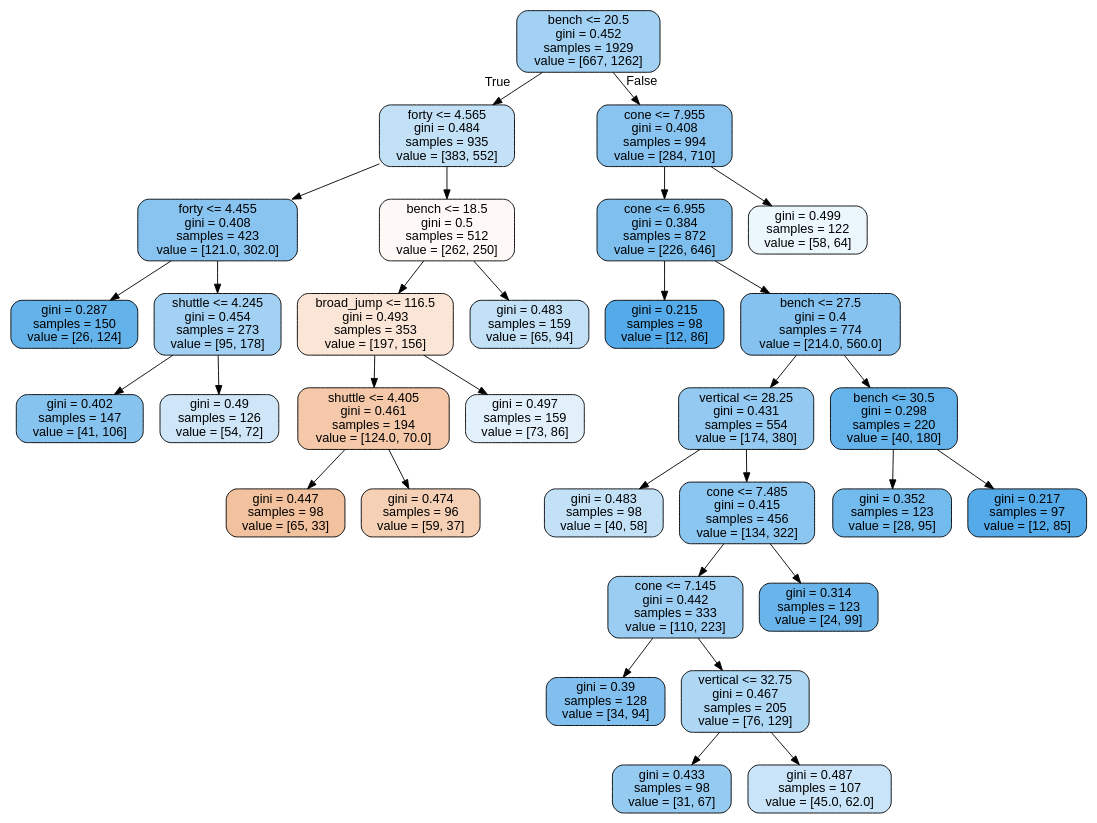
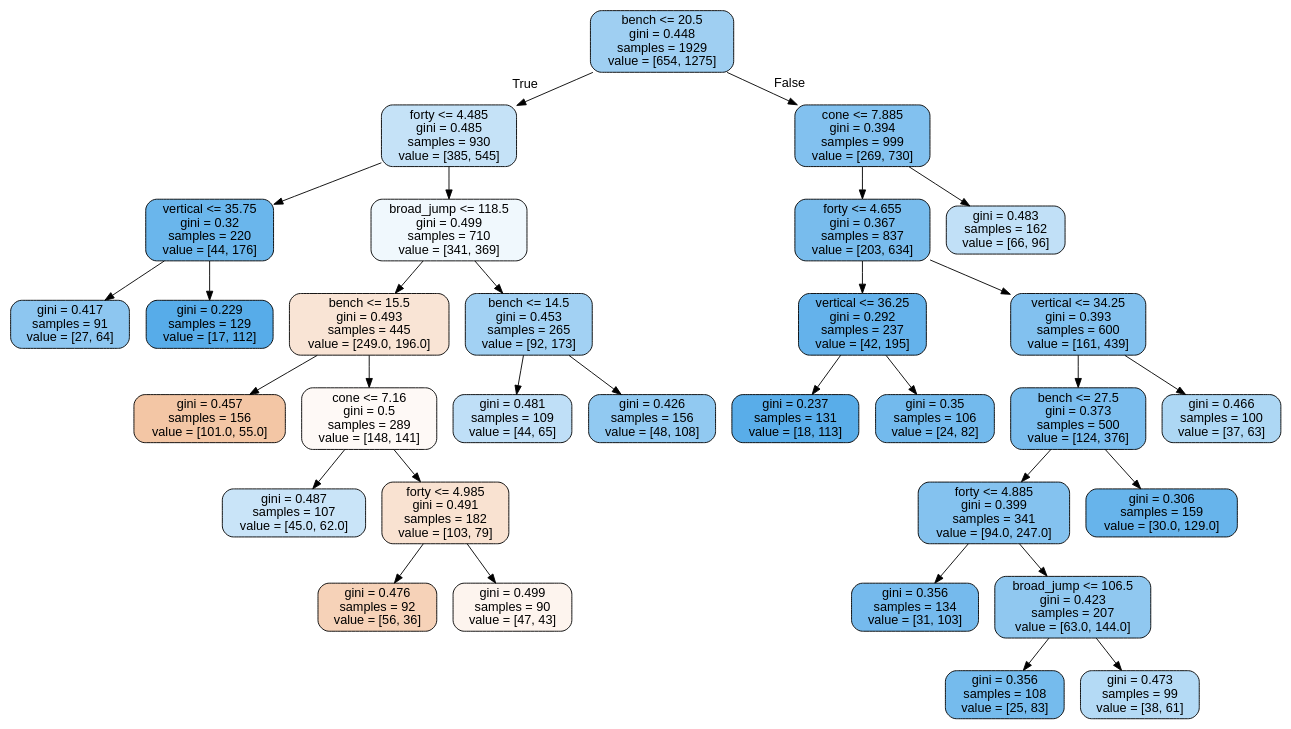
Before and after one commit to lagisreal89/combine: the diagram in decisiontree.dot, drawn with Graphviz. The commit also changed 4 other files, not shown here.

```diff
--- a/decisiontree.dot
+++ b/decisiontree.dot
@@ -1,65 +1,65 @@
 digraph Tree {
 node [shape=box, style="filled, rounded", color="black", fontname="helvetica"] ;
 edge [fontname="helvetica"] ;
-0 [label="bench <= 20.5\ngini = 0.452\nsamples = 1929\nvalue = [667, 1262]", fillcolor="#a2d1f3"] ;
-1 [label="forty <= 4.565\ngini = 0.484\nsamples = 935\nvalue = [383, 552]", fillcolor="#c2e1f7"] ;
+0 [label="bench <= 20.5\ngini = 0.448\nsamples = 1929\nvalue = [654, 1275]", fillcolor="#9fcff2"] ;
+1 [label="forty <= 4.485\ngini = 0.485\nsamples = 930\nvalue = [385, 545]", fillcolor="#c5e2f7"] ;
 0 -> 1 [labeldistance=2.5, labelangle=45, headlabel="True"] ;
-3 [label="forty <= 4.455\ngini = 0.408\nsamples = 423\nvalue = [121.0, 302.0]", fillcolor="#88c4ef"] ;
+3 [label="vertical <= 35.75\ngini = 0.32\nsamples = 220\nvalue = [44, 176]", fillcolor="#6ab6ec"] ;
 1 -> 3 ;
-7 [label="gini = 0.287\nsamples = 150\nvalue = [26, 124]", fillcolor="#63b2ea"] ;
-3 -> 7 ;
-8 [label="shuttle <= 4.245\ngini = 0.454\nsamples = 273\nvalue = [95, 178]", fillcolor="#a3d1f3"] ;
-3 -> 8 ;
-17 [label="gini = 0.402\nsamples = 147\nvalue = [41, 106]", fillcolor="#86c3ef"] ;
-8 -> 17 ;
-18 [label="gini = 0.49\nsamples = 126\nvalue = [54, 72]", fillcolor="#cee6f8"] ;
-8 -> 18 ;
-4 [label="bench <= 18.5\ngini = 0.5\nsamples = 512\nvalue = [262, 250]", fillcolor="#fef9f6"] ;
+11 [label="gini = 0.417\nsamples = 91\nvalue = [27, 64]", fillcolor="#8dc6f0"] ;
+3 -> 11 ;
+12 [label="gini = 0.229\nsamples = 129\nvalue = [17, 112]", fillcolor="#57ace9"] ;
+3 -> 12 ;
+4 [label="broad_jump <= 118.5\ngini = 0.499\nsamples = 710\nvalue = [341, 369]", fillcolor="#f0f8fd"] ;
 1 -> 4 ;
-9 [label="broad_jump <= 116.5\ngini = 0.493\nsamples = 353\nvalue = [197, 156]", fillcolor="#fae5d6"] ;
-4 -> 9 ;
-11 [label="shuttle <= 4.405\ngini = 0.461\nsamples = 194\nvalue = [124.0, 70.0]", fillcolor="#f4c8a9"] ;
-9 -> 11 ;
-29 [label="gini = 0.447\nsamples = 98\nvalue = [65, 33]", fillcolor="#f2c19e"] ;
-11 -> 29 ;
-30 [label="gini = 0.474\nsamples = 96\nvalue = [59, 37]", fillcolor="#f5d0b5"] ;
-11 -> 30 ;
-12 [label="gini = 0.497\nsamples = 159\nvalue = [73, 86]", fillcolor="#e1f0fb"] ;
-9 -> 12 ;
-10 [label="gini = 0.483\nsamples = 159\nvalue = [65, 94]", fillcolor="#c2e1f7"] ;
-4 -> 10 ;
-2 [label="cone <= 7.955\ngini = 0.408\nsamples = 994\nvalue = [284, 710]", fillcolor="#88c4ef"] ;
+5 [label="bench <= 15.5\ngini = 0.493\nsamples = 445\nvalue = [249.0, 196.0]", fillcolor="#f9e4d5"] ;
+4 -> 5 ;
+9 [label="gini = 0.457\nsamples = 156\nvalue = [101.0, 55.0]", fillcolor="#f3c6a5"] ;
+5 -> 9 ;
+10 [label="cone <= 7.16\ngini = 0.5\nsamples = 289\nvalue = [148, 141]", fillcolor="#fef9f6"] ;
+5 -> 10 ;
+13 [label="gini = 0.487\nsamples = 107\nvalue = [45.0, 62.0]", fillcolor="#c9e4f8"] ;
+10 -> 13 ;
+14 [label="forty <= 4.985\ngini = 0.491\nsamples = 182\nvalue = [103, 79]", fillcolor="#f9e2d1"] ;
+10 -> 14 ;
+29 [label="gini = 0.476\nsamples = 92\nvalue = [56, 36]", fillcolor="#f6d2b8"] ;
+14 -> 29 ;
+30 [label="gini = 0.499\nsamples = 90\nvalue = [47, 43]", fillcolor="#fdf4ee"] ;
+14 -> 30 ;
+6 [label="bench <= 14.5\ngini = 0.453\nsamples = 265\nvalue = [92, 173]", fillcolor="#a2d1f3"] ;
+4 -> 6 ;
+21 [label="gini = 0.481\nsamples = 109\nvalue = [44, 65]", fillcolor="#bfdff7"] ;
+6 -> 21 ;
+22 [label="gini = 0.426\nsamples = 156\nvalue = [48, 108]", fillcolor="#91c9f1"] ;
+6 -> 22 ;
+2 [label="cone <= 7.885\ngini = 0.394\nsamples = 999\nvalue = [269, 730]", fillcolor="#82c1ef"] ;
 0 -> 2 [labeldistance=2.5, labelangle=-45, headlabel="False"] ;
-5 [label="cone <= 6.955\ngini = 0.384\nsamples = 872\nvalue = [226, 646]", fillcolor="#7ebfee"] ;
-2 -> 5 ;
-13 [label="gini = 0.215\nsamples = 98\nvalue = [12, 86]", fillcolor="#55abe9"] ;
-5 -> 13 ;
-14 [label="bench <= 27.5\ngini = 0.4\nsamples = 774\nvalue = [214.0, 560.0]", fillcolor="#85c2ef"] ;
-5 -> 14 ;
-15 [label="vertical <= 28.25\ngini = 0.431\nsamples = 554\nvalue = [174, 380]", fillcolor="#94caf1"] ;
-14 -> 15 ;
-19 [label="gini = 0.483\nsamples = 98\nvalue = [40, 58]", fillcolor="#c2e1f7"] ;
-15 -> 19 ;
-20 [label="cone <= 7.485\ngini = 0.415\nsamples = 456\nvalue = [134, 322]", fillcolor="#8bc6f0"] ;
-15 -> 20 ;
-21 [label="cone <= 7.145\ngini = 0.442\nsamples = 333\nvalue = [110, 223]", fillcolor="#9bcdf2"] ;
-20 -> 21 ;
-23 [label="gini = 0.39\nsamples = 128\nvalue = [34, 94]", fillcolor="#81c0ee"] ;
-21 -> 23 ;
-24 [label="vertical <= 32.75\ngini = 0.467\nsamples = 205\nvalue = [76, 129]", fillcolor="#aed7f4"] ;
-21 -> 24 ;
-27 [label="gini = 0.433\nsamples = 98\nvalue = [31, 67]", fillcolor="#95caf1"] ;
-24 -> 27 ;
-28 [label="gini = 0.487\nsamples = 107\nvalue = [45.0, 62.0]", fillcolor="#c9e4f8"] ;
-24 -> 28 ;
-22 [label="gini = 0.314\nsamples = 123\nvalue = [24, 99]", fillcolor="#69b5eb"] ;
-20 -> 22 ;
-16 [label="bench <= 30.5\ngini = 0.298\nsamples = 220\nvalue = [40, 180]", fillcolor="#65b3eb"] ;
-14 -> 16 ;
-25 [label="gini = 0.352\nsamples = 123\nvalue = [28, 95]", fillcolor="#73baed"] ;
-16 -> 25 ;
-26 [label="gini = 0.217\nsamples = 97\nvalue = [12, 85]", fillcolor="#55abe9"] ;
-16 -> 26 ;
-6 [label="gini = 0.499\nsamples = 122\nvalue = [58, 64]", fillcolor="#ecf6fd"] ;
-2 -> 6 ;
+7 [label="forty <= 4.655\ngini = 0.367\nsamples = 837\nvalue = [203, 634]", fillcolor="#78bced"] ;
+2 -> 7 ;
+15 [label="vertical <= 36.25\ngini = 0.292\nsamples = 237\nvalue = [42, 195]", fillcolor="#64b2eb"] ;
+7 -> 15 ;
+23 [label="gini = 0.237\nsamples = 131\nvalue = [18, 113]", fillcolor="#59ade9"] ;
+15 -> 23 ;
+24 [label="gini = 0.35\nsamples = 106\nvalue = [24, 82]", fillcolor="#73baed"] ;
+15 -> 24 ;
+16 [label="vertical <= 34.25\ngini = 0.393\nsamples = 600\nvalue = [161, 439]", fillcolor="#82c1ef"] ;
+7 -> 16 ;
+17 [label="bench <= 27.5\ngini = 0.373\nsamples = 500\nvalue = [124, 376]", fillcolor="#7abdee"] ;
+16 -> 17 ;
+19 [label="forty <= 4.885\ngini = 0.399\nsamples = 341\nvalue = [94.0, 247.0]", fillcolor="#84c2ef"] ;
+17 -> 19 ;
+25 [label="gini = 0.356\nsamples = 134\nvalue = [31, 103]", fillcolor="#75baed"] ;
+19 -> 25 ;
+26 [label="broad_jump <= 106.5\ngini = 0.423\nsamples = 207\nvalue = [63.0, 144.0]", fillcolor="#90c8f0"] ;
+19 -> 26 ;
+27 [label="gini = 0.356\nsamples = 108\nvalue = [25, 83]", fillcolor="#75bbed"] ;
+26 -> 27 ;
+28 [label="gini = 0.473\nsamples = 99\nvalue = [38, 61]", fillcolor="#b4daf5"] ;
+26 -> 28 ;
+20 [label="gini = 0.306\nsamples = 159\nvalue = [30.0, 129.0]", fillcolor="#67b4eb"] ;
+17 -> 20 ;
+18 [label="gini = 0.466\nsamples = 100\nvalue = [37, 63]", fillcolor="#add7f4"] ;
+16 -> 18 ;
+8 [label="gini = 0.483\nsamples = 162\nvalue = [66, 96]", fillcolor="#c1e0f7"] ;
+2 -> 8 ;
 }
```
